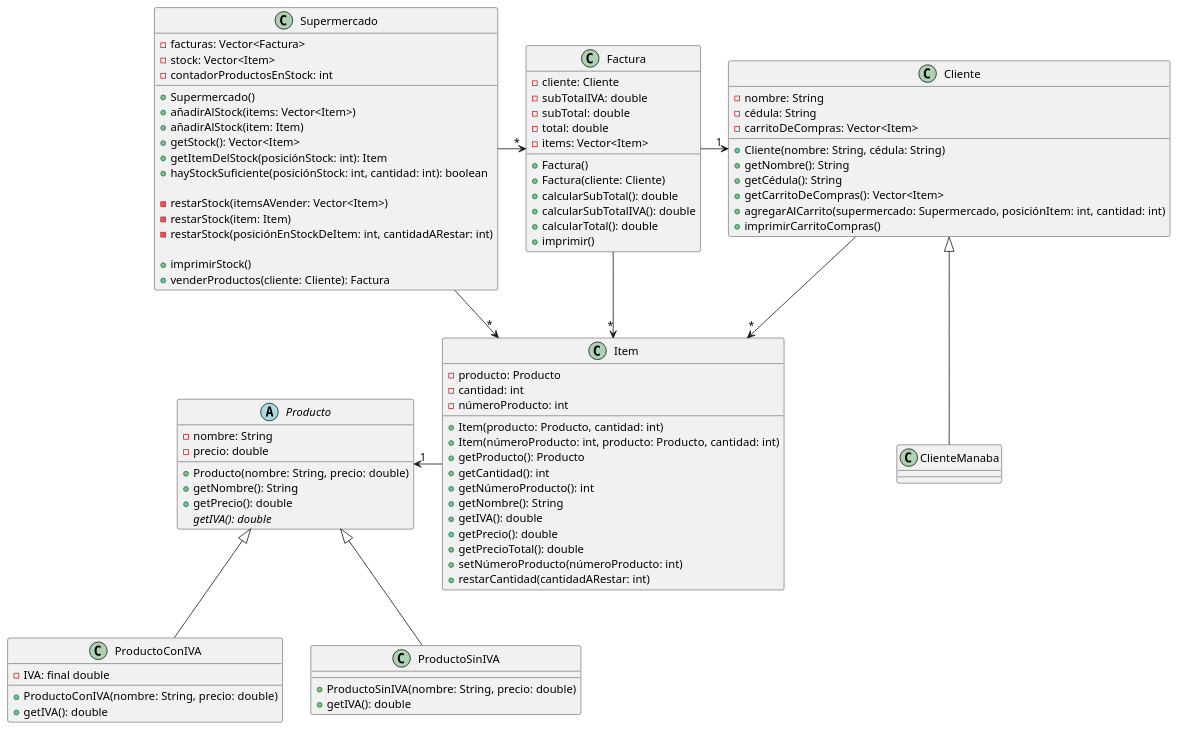
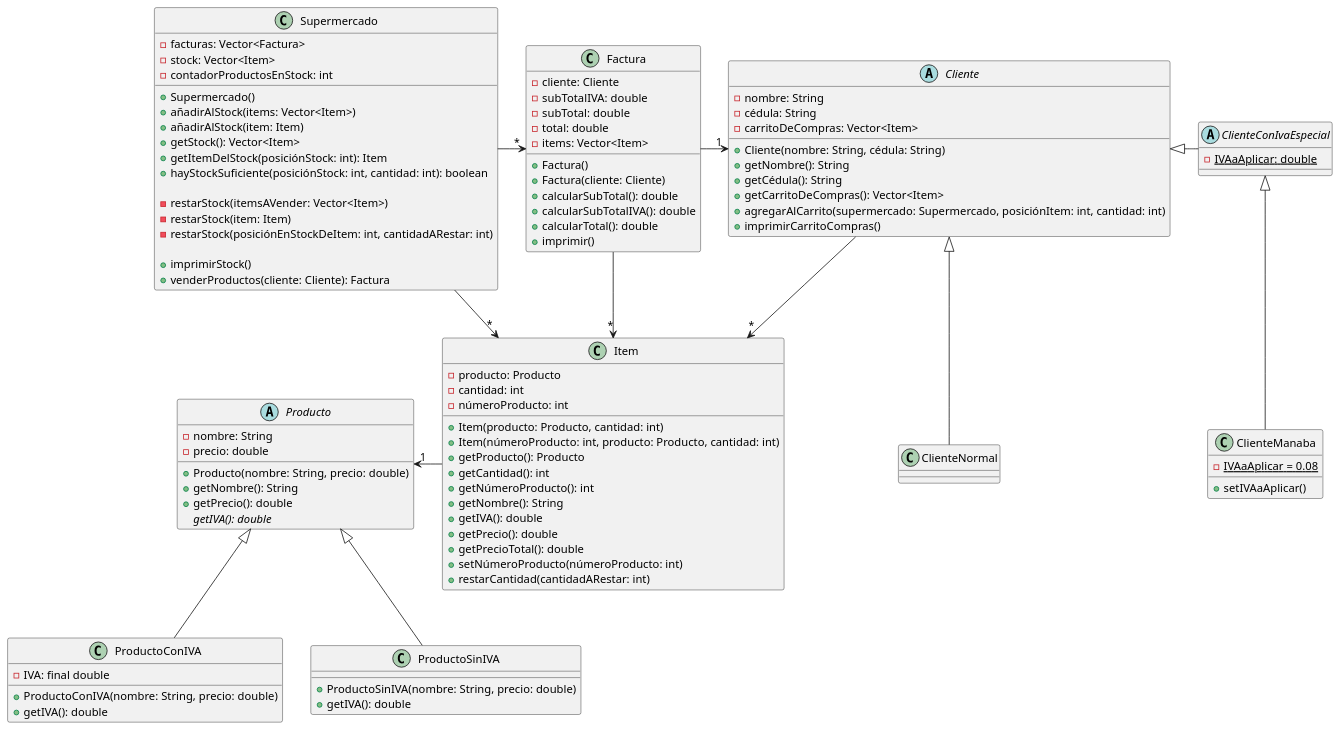
One commit to ViKunn/ProgramacionII changed the diagram in SistemaDeFacturacion/src/SistemaDeFacturación.puml. Above: the diagram before and after it, drawn with PlantUML. The commit also changed 9 other files, not shown here.

Commit message:
Cambios de IVA especializado para clienteManaba

```diff
--- a/SistemaDeFacturacion/src/SistemaDeFacturación.puml
+++ b/SistemaDeFacturacion/src/SistemaDeFacturación.puml
@@ -1,140 +1,156 @@
 @startuml
 'https://plantuml.com/class-diagram
 
 /'
-    Realizar programa que permita gestionar las facturas de una empresa ("SuperMaxi") los productos se clasifican en productos con iva y sin iva
 
-    Un supermercado que tiene ciertos productos
-    Un cliente se dirige a la caja con un carrito de productos
-    Se registran y se añaden a la factura
-    Se imprime la información de la factura de manera:
+    Realizar programa que permita gestionar las facturas de una empresa ("SuperMaxi") los
+    productos se clasifican en productos con iva y sin iva
 
-    Producto    |   Cantidad    |   P.U.    |   P.T.    |   %Descuento  |
-                |               |           |           |               |
-                |               |           |           |               |
-                |               |           |           |               |
-                |               |           |           |               |
-                |               |           |           |               |
-    ---------------------------------------------------------------------
-
-                       (Precio sin iva)     Subtotal            .........
-                (Solo el valor del IVA)     IVA                 .........
-
-                  (Suma Subtotal + IVA)     TOTAL               .........
+    1.  Un supermercado que tiene ciertos productos
+    2.  Un cliente se dirige a la caja con un carrito de productos
+    3.  Se registran y se añaden a la factura
+    4.  Se imprime la información de la factura de la manera en que se muestra posteriormente
+    5.  Se registra la factura en el supermercado al momento de vender los productos
 
 
-    Cambios a realizar
+            Producto    |   Cantidad    |   P.U.    |   P.T.    |   %Descuento  |
+                        |               |           |           |               |
+                        |               |           |           |               |
+                        |               |           |           |               |
+                        |               |           |           |               |
+                        |               |           |           |               |
+            ---------------------------------------------------------------------
 
-    En Ecuador en el año 2019 hubo un terremoto y hubo una emergencia nacional y el IVA subió al 14% en la región de la costa solo en ciertos productos. Y el IVA solo para clienteManaba es de 8%
+                               (Precio sin iva)     Subtotal            .........
+                        (Solo el valor del IVA)     IVA                 .........
+
+                          (Suma Subtotal + IVA)     TOTAL               .........
 
 
 
-    1. productos  0 %
-    2. productos 12 %
-    3. productos 14 %
-    4. productos  8 %  Si el cliente es de Manabí
+    CAMBIOS A REALIZAR:
+
+    -  En Ecuador en el año 2019 hubo un terremoto y hubo una emergencia nacional y el IVA
+       subió al 14% en la región de la costa solo en ciertos productos. Y el IVA solo para
+       clienteManaba es de 8%
 
 '/
 
 class Supermercado {
   - facturas: Vector<Factura>
   - stock: Vector<Item>
   - contadorProductosEnStock: int
 
   + Supermercado()
   + añadirAlStock(items: Vector<Item>)
   + añadirAlStock(item: Item)
   + getStock(): Vector<Item>
   + getItemDelStock(posiciónStock: int): Item
   + hayStockSuficiente(posiciónStock: int, cantidad: int): boolean
 
   - restarStock(itemsAVender: Vector<Item>)
   - restarStock(item: Item)
   - restarStock(posiciónEnStockDeItem: int, cantidadARestar: int)
 
   + imprimirStock()
   + venderProductos(cliente: Cliente): Factura
 }
 
 class Factura {
   - cliente: Cliente
   - subTotalIVA: double
   - subTotal: double
   - total: double
   - items: Vector<Item>
 
   + Factura()
   + Factura(cliente: Cliente)
   + calcularSubTotal(): double
   + calcularSubTotalIVA(): double
   + calcularTotal(): double
   + imprimir()
 }
 
 abstract class Producto {
   - nombre: String
   - precio: double
 
   + Producto(nombre: String, precio: double)
   + getNombre(): String
   + getPrecio(): double
   {abstract} getIVA(): double
 }
 
 class ProductoConIVA {
   - IVA: final double
 
   + ProductoConIVA(nombre: String, precio: double)
   + getIVA(): double
 }
 
 class ProductoSinIVA {
   + ProductoSinIVA(nombre: String, precio: double)
   + getIVA(): double
 }
 
 class Item {
   - producto: Producto
   - cantidad: int
   - númeroProducto: int
 
   + Item(producto: Producto, cantidad: int)
   + Item(númeroProducto: int, producto: Producto, cantidad: int)
   + getProducto(): Producto
   + getCantidad(): int
   + getNúmeroProducto(): int
   + getNombre(): String
   + getIVA(): double
   + getPrecio(): double
   + getPrecioTotal(): double
   + setNúmeroProducto(númeroProducto: int)
   + restarCantidad(cantidadARestar: int)
 }
 
-class Cliente {
+abstract class Cliente {
   - nombre: String
   - cédula: String
   - carritoDeCompras: Vector<Item>
   + Cliente(nombre: String, cédula: String)
   + getNombre(): String
   + getCédula(): String
   + getCarritoDeCompras(): Vector<Item>
   + agregarAlCarrito(supermercado: Supermercado, posiciónItem: int, cantidad: int)
   + imprimirCarritoCompras()
 }
 
+abstract class ClienteConIvaEspecial{
+    - {static} IVAaAplicar: double
+}
+
+class ClienteNormal {
+}
+
+class ClienteManaba {
+    - {static} IVAaAplicar = 0.08
+    + setIVAaAplicar()
+}
+
+
 Supermercado -r-> "*" Factura
 Supermercado -> "*" Item
 
 Factura -> "1" Cliente
 Factura -> "*" Item
 
 Cliente --> "*" Item
-Cliente <|-- ClienteManaba
+Cliente <|-- ClienteNormal
+Cliente <|-r- ClienteConIvaEspecial
+ClienteConIvaEspecial <|-- ClienteManaba
+
 
 Item -l-> "1" Producto
 
 Producto <|-- ProductoConIVA
 Producto <|-- ProductoSinIVA
 
 @enduml
```
